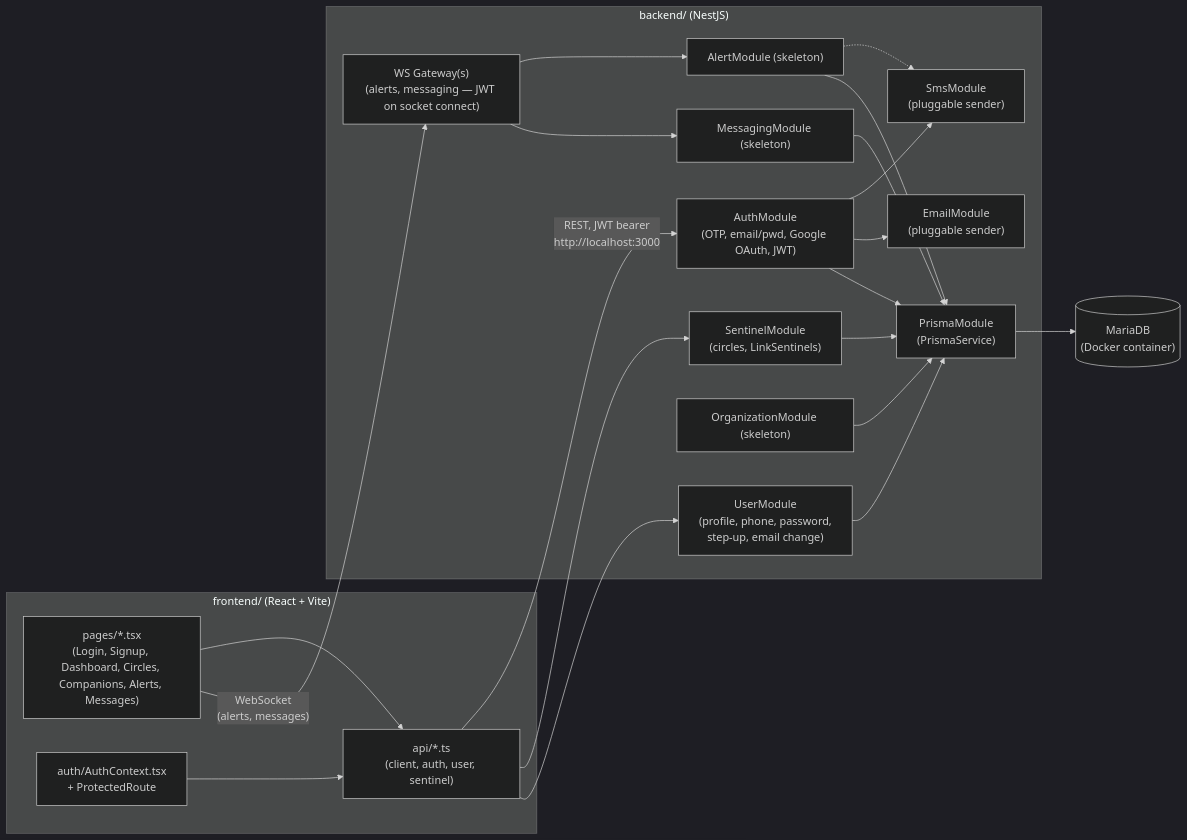
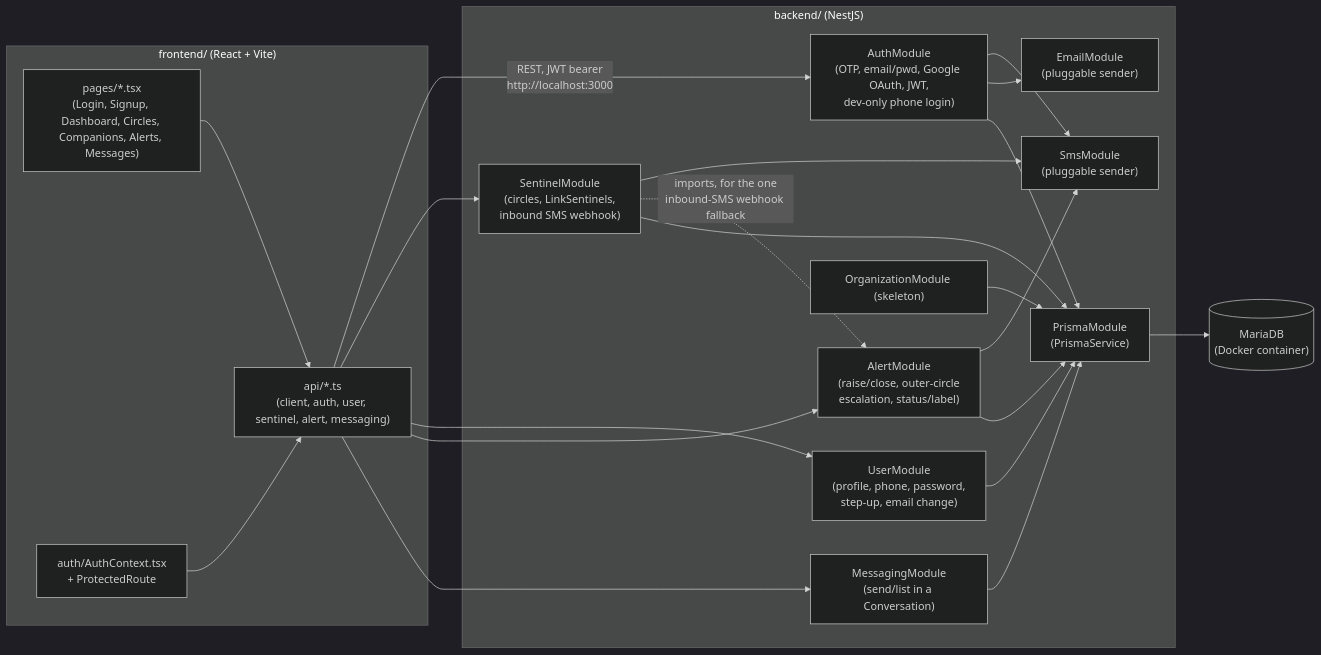
One commit to Sylvfo/MySentinelCircle changed the diagram in STACK_SCHEMA.md. Above: the diagram before and after it, drawn with Mermaid (dark theme). The commit also changed other lines of this file and 18 other files, not shown here.

````diff
--- a/STACK_SCHEMA.md
+++ b/STACK_SCHEMA.md
@@ -28,43 +28,43 @@
 ```mermaid
 flowchart LR
     subgraph Frontend["frontend/ (React + Vite)"]
         Pages["pages/*.tsx\n(Login, Signup, Dashboard, Circles, Companions, Alerts, Messages)"]
         AuthCtx["auth/AuthContext.tsx\n+ ProtectedRoute"]
-        ApiClient["api/*.ts\n(client, auth, user, sentinel)"]
+        ApiClient["api/*.ts\n(client, auth, user, sentinel, alert, messaging)"]
     end
 
     subgraph Backend["backend/ (NestJS)"]
-        Auth["AuthModule\n(OTP, email/pwd, Google OAuth, JWT)"]
+        Auth["AuthModule\n(OTP, email/pwd, Google OAuth, JWT,\ndev-only phone login)"]
         User["UserModule\n(profile, phone, password,\nstep-up, email change)"]
-        Sentinel["SentinelModule\n(circles, LinkSentinels)"]
-        Alert["AlertModule (skeleton)"]
+        Sentinel["SentinelModule\n(circles, LinkSentinels,\ninbound SMS webhook)"]
+        Alert["AlertModule\n(raise/close, outer-circle\nescalation, status/label)"]
         Org["OrganizationModule (skeleton)"]
-        Messaging["MessagingModule (skeleton)"]
+        Messaging["MessagingModule\n(send/list in a Conversation)"]
         Sms["SmsModule\n(pluggable sender)"]
         Email["EmailModule\n(pluggable sender)"]
-        Gateway["WS Gateway(s)\n(alerts, messaging — JWT on socket connect)"]
         Prisma["PrismaModule\n(PrismaService)"]
     end
 
     DB[("MariaDB\n(Docker container)")]
 
     Pages --> ApiClient
     AuthCtx --> ApiClient
     ApiClient -- "REST, JWT bearer\nhttp://localhost:3000" --> Auth
     ApiClient --> Sentinel
     ApiClient --> User
-    Pages -- "WebSocket\n(alerts, messages)" --> Gateway
-    Gateway --> Alert
-    Gateway --> Messaging
+    ApiClient --> Alert
+    ApiClient --> Messaging
 
     Auth --> Sms
     Auth --> Email
-    Alert -.-> Sms
+    Alert --> Sms
+    Sentinel --> Sms
+    Sentinel -. "imports, for the one\ninbound-SMS webhook fallback" .-> Alert
     Auth --> Prisma
     User --> Prisma
     Sentinel --> Prisma
     Alert --> Prisma
     Org --> Prisma
     Messaging --> Prisma
     Prisma --> DB
 ```
````
